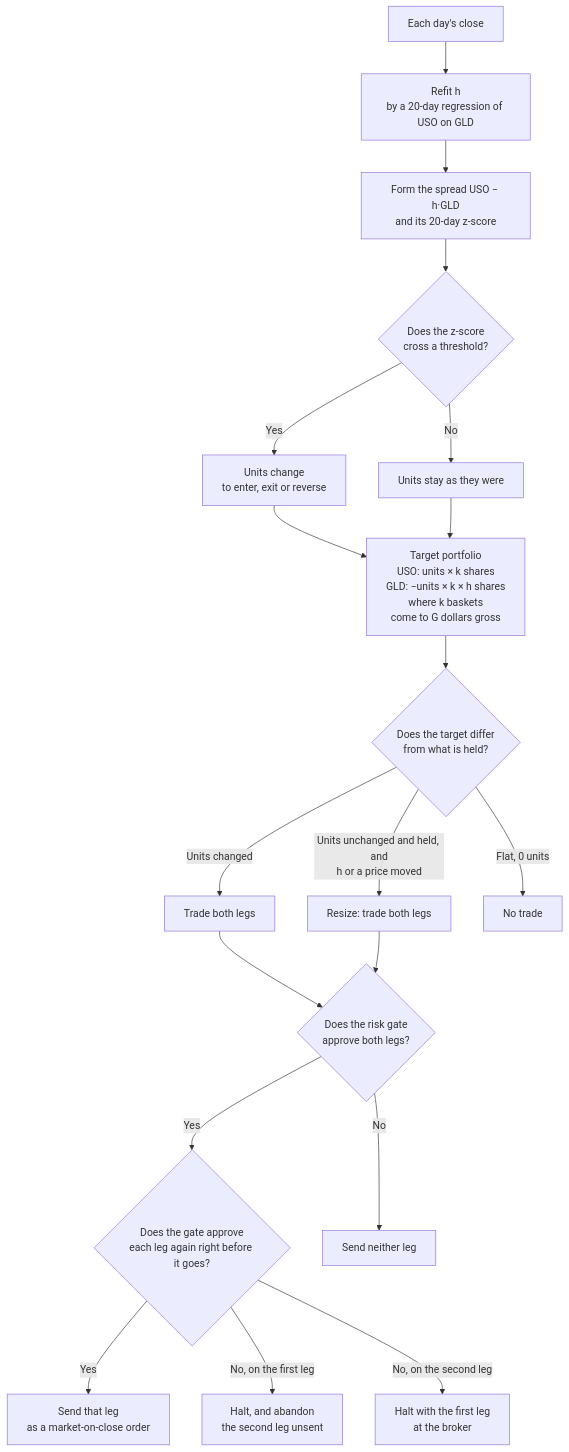
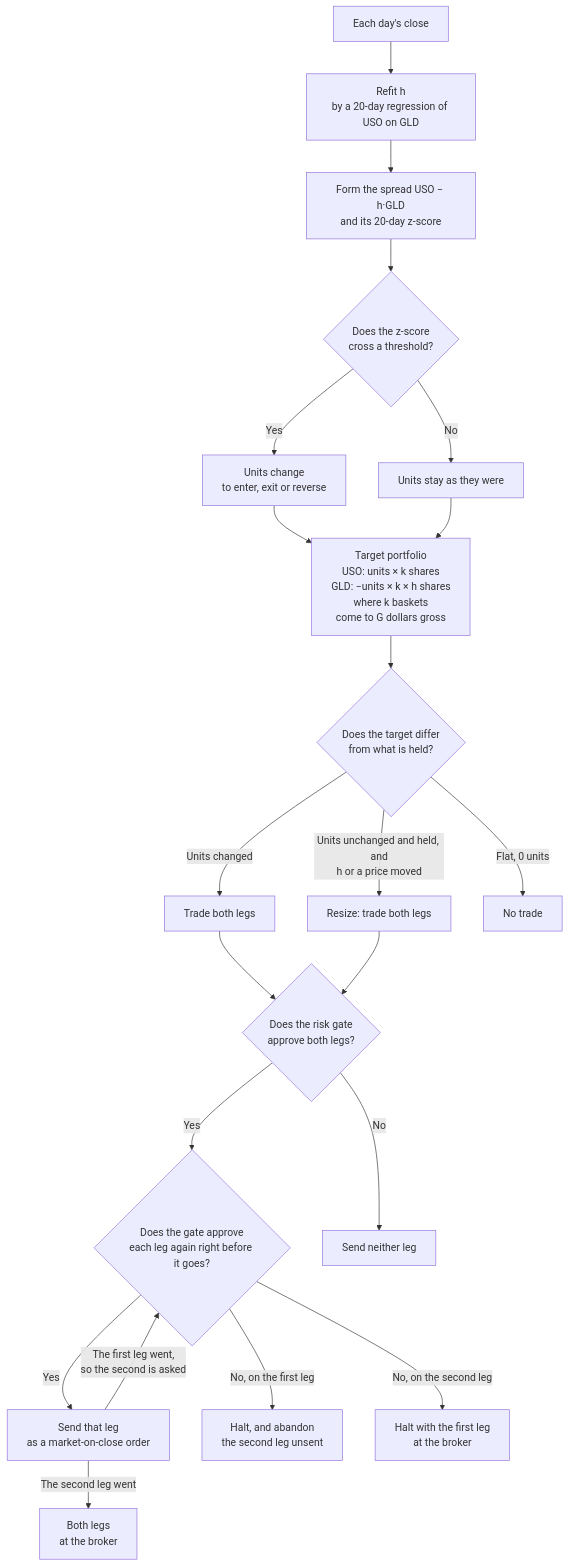
One commit to l3a0/ithildin-runtime changed the second of 2 diagrams in docs/architecture/01-introduction-and-goals.md. Above: the diagram before and after it, drawn with Mermaid. The commit also changed 4 other files, not shown here.

````diff
--- a/docs/architecture/01-introduction-and-goals.md
+++ b/docs/architecture/01-introduction-and-goals.md
@@ -79,21 +79,23 @@
 ```mermaid
 flowchart TD
     close["Each day's close"] --> fit["Refit h<br/>by a 20-day regression of USO on GLD"]
     fit --> z["Form the spread USO − h·GLD<br/>and its 20-day z-score"]
     z --> rule{"Does the z-score<br/>cross a threshold?"}
     rule -- "Yes" --> move["Units change<br/>to enter, exit or reverse"]
     rule -- "No" --> same["Units stay as they were"]
     move --> target["Target portfolio<br/>USO: units × k shares<br/>GLD: −units × k × h shares<br/>where k baskets<br/>come to G dollars gross"]
     same --> target
     target --> diff{"Does the target differ<br/>from what is held?"}
     diff -- "Units changed" --> trade["Trade both legs"]
     diff -- "Units unchanged and held, and<br/>h or a price moved" --> resize["Resize: trade both legs"]
     diff -- "Flat, 0 units" --> none["No trade"]
     trade --> gate{"Does the risk gate<br/>approve both legs?"}
     resize --> gate
     gate -- "Yes" --> again{"Does the gate approve<br/>each leg again right before it goes?"}
     gate -- "No" --> held["Send neither leg"]
     again -- "Yes" --> out["Send that leg<br/>as a market-on-close order"]
+    out -- "The first leg went,<br/>so the second is asked" --> again
+    out -- "The second leg went" --> both["Both legs<br/>at the broker"]
     again -- "No, on the first leg" --> abandon["Halt, and abandon<br/>the second leg unsent"]
     again -- "No, on the second leg" --> lone["Halt with the first leg<br/>at the broker"]
 ```
````
